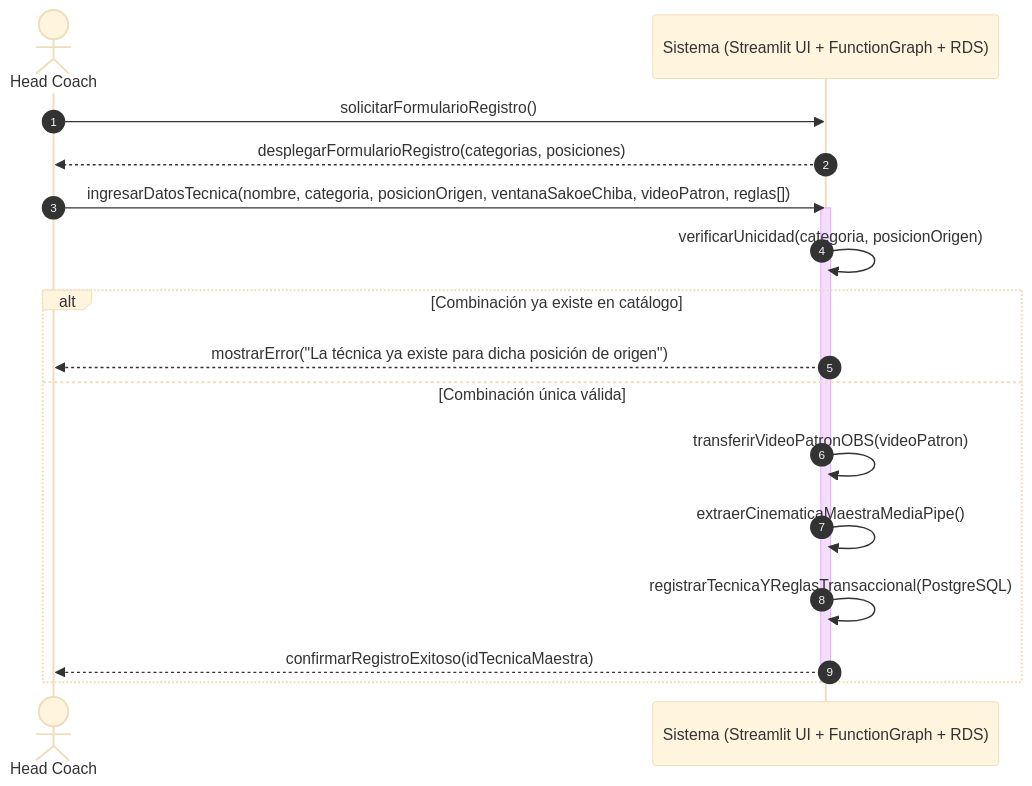
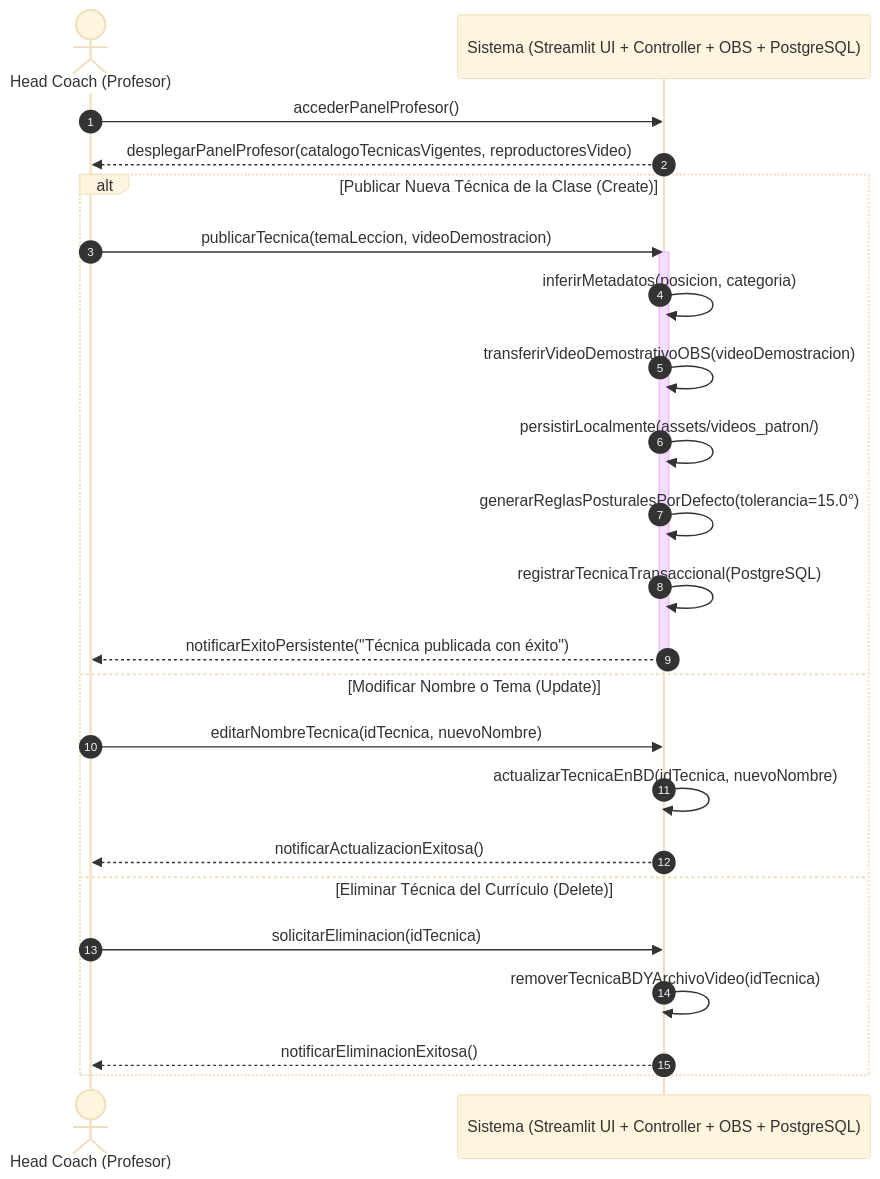
The sixth of 10 diagrams in README.md (Tsmrain/JiuJitsu), drawn with Mermaid (base theme) before and after one commit. The commit also changed other lines of this file and 5 other files, not shown here.

Commit message:
Docs & UX: Actualización integral del README.md con correlación 100% al sistema implementado, Secciones 5.5 y 5.6, y trazabilidad TDD

````diff
--- a/README.md
+++ b/README.md
@@ -978,22 +983,29 @@
 ```mermaid
 sequenceDiagram
     autonumber
-    actor HC as Head Coach
-    participant Sis as Sistema (Streamlit UI + FunctionGraph + RDS)
+    actor HC as Head Coach (Profesor)
+    participant Sis as Sistema (Streamlit UI + Controller + OBS + PostgreSQL)
 
-    HC->>Sis: solicitarFormularioRegistro()
-    Sis-->>HC: desplegarFormularioRegistro(categorias, posiciones)
-    
-    HC->>Sis: ingresarDatosTecnica(nombre, categoria, posicionOrigen, ventanaSakoeChiba, videoPatron, reglas[])
-    activate Sis
-    Sis->>Sis: verificarUnicidad(categoria, posicionOrigen)
-    alt Combinación ya existe en catálogo
-        Sis-->>HC: mostrarError("La técnica ya existe para dicha posición de origen")
-    else Combinación única válida
-        Sis->>Sis: transferirVideoPatronOBS(videoPatron)
-        Sis->>Sis: extraerCinematicaMaestraMediaPipe()
-        Sis->>Sis: registrarTecnicaYReglasTransaccional(PostgreSQL)
-        Sis-->>HC: confirmarRegistroExitoso(idTecnicaMaestra)
+    HC->>Sis: accederPanelProfesor()
+    Sis-->>HC: desplegarPanelProfesor(catalogoTecnicasVigentes, reproductoresVideo)
+
+    alt Publicar Nueva Técnica de la Clase (Create)
+        HC->>Sis: publicarTecnica(temaLeccion, videoDemostracion)
+        activate Sis
+        Sis->>Sis: inferirMetadatos(posicion, categoria)
+        Sis->>Sis: transferirVideoDemostrativoOBS(videoDemostracion)
+        Sis->>Sis: persistirLocalmente(assets/videos_patron/)
+        Sis->>Sis: generarReglasPosturalesPorDefecto(tolerancia=15.0°)
+        Sis->>Sis: registrarTecnicaTransaccional(PostgreSQL)
+        Sis-->>HC: notificarExitoPersistente("Técnica publicada con éxito")
+        deactivate Sis
+    else Modificar Nombre o Tema (Update)
+        HC->>Sis: editarNombreTecnica(idTecnica, nuevoNombre)
+        Sis->>Sis: actualizarTecnicaEnBD(idTecnica, nuevoNombre)
+        Sis-->>HC: notificarActualizacionExitosa()
+    else Eliminar Técnica del Currículo (Delete)
+        HC->>Sis: solicitarEliminacion(idTecnica)
+        Sis->>Sis: removerTecnicaBDYArchivoVideo(idTecnica)
+        Sis-->>HC: notificarEliminacionExitosa()
     end
-    deactivate Sis
 ```
````
